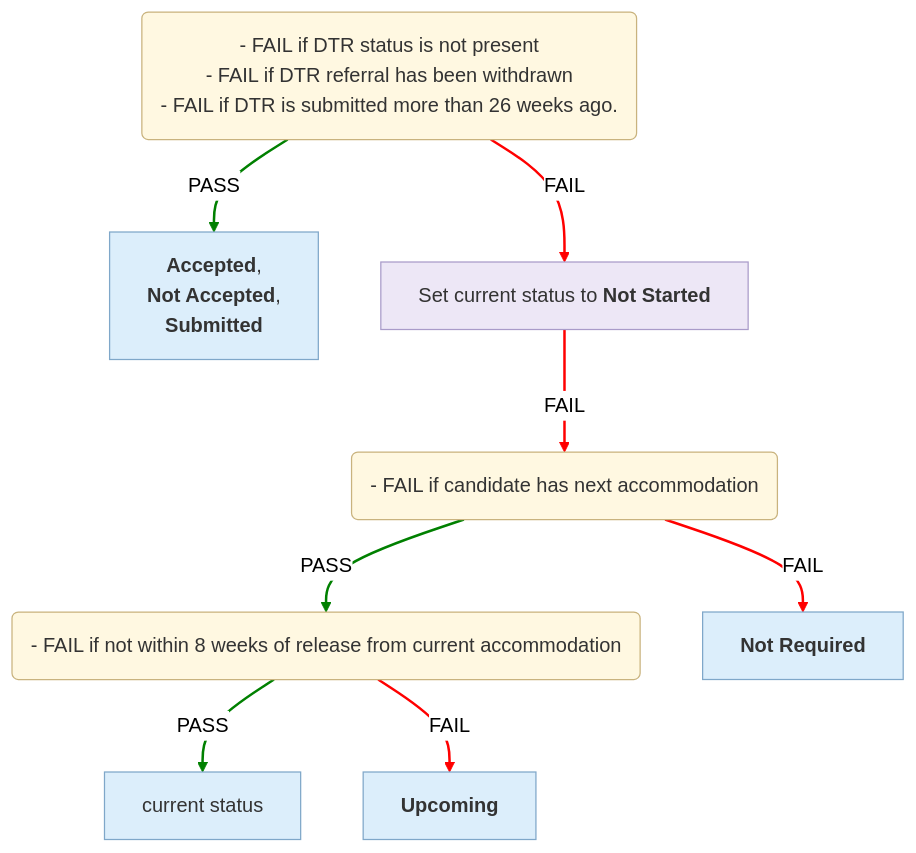
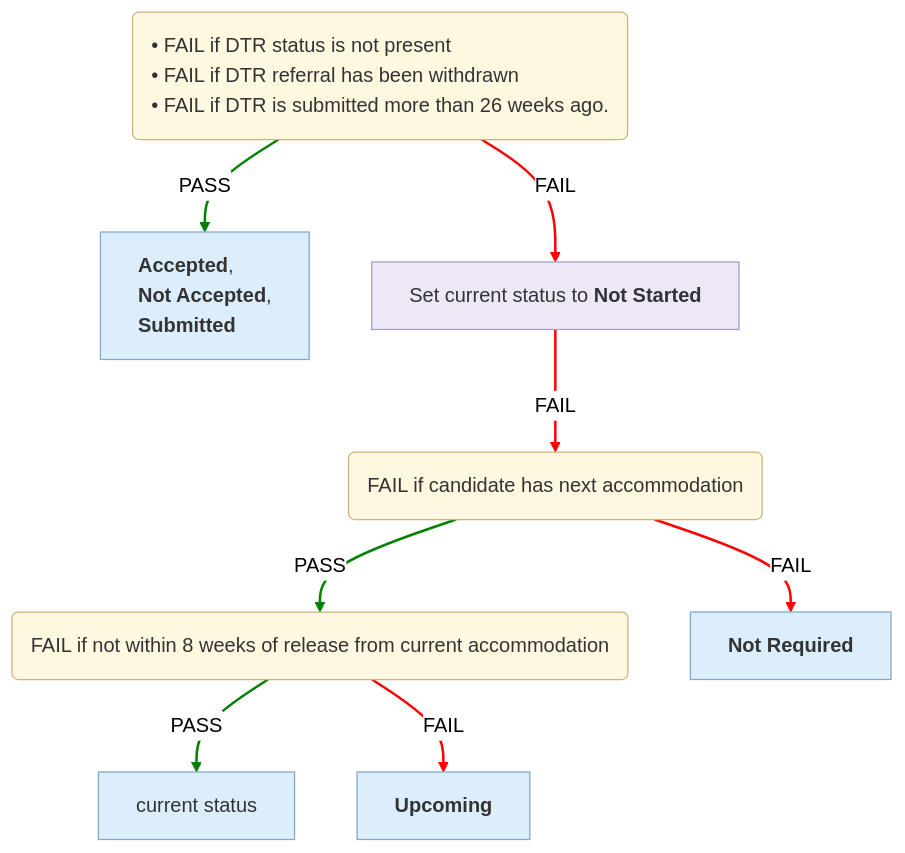
One commit to uk-gov-mirror/ministryofjustice.hmpps-single-accommodation-service-api changed the fifth of 6 diagrams in docs/eligibility-rules-graph.md. Above: the diagram before and after it, drawn with Mermaid (neutral theme). The commit also changed other lines of this file and 2 other files, not shown here.

Commit message:
chore/SAS-1532-Use-UI-statuses-in-graph-instead-of-enums

````diff
--- a/docs/eligibility-rules-graph.md
+++ b/docs/eligibility-rules-graph.md
@@ -495,31 +495,31 @@
 ```mermaid
 %%{init: {"flowchart": {"wrappingWidth": 800}}}%%
 flowchart TD
-  Suitability("- FAIL if DTR status is not present
-- FAIL if DTR referral has been withdrawn
-- FAIL if DTR is submitted more than 26 weeks ago.")
-  updater_Accepted___Not_Accepted___Submitted["<b>Accepted</b>,
+  Suitability("<div style='text-align:left'>• FAIL if DTR status is not present
+• FAIL if DTR referral has been withdrawn
+• FAIL if DTR is submitted more than 26 weeks ago.</div>")
+  updater_Accepted___Not_Accepted___Submitted["<div style='text-align:left'><b>Accepted</b>,
  <b>Not Accepted</b>,
- <b>Submitted</b>"]
-  updater_Set_current_status_to_Not_Started["Set current status to <b>Not Started</b>"]
-  Eligibility("- FAIL if candidate has next accommodation")
-  Upcoming("- FAIL if not within 8 weeks of release from current accommodation")
-  current_status["current status"]
-  updater_Upcoming["<b>Upcoming</b>"]
-  Not_Required["<b>Not Required</b>"]
+ <b>Submitted</b></div>"]
+  updater_Set_current_status_to_Not_Started["<div style='text-align:left'>Set current status to <b>Not Started</b></div>"]
+  Eligibility("<div style='text-align:left'>FAIL if candidate has next accommodation</div>")
+  Upcoming("<div style='text-align:left'>FAIL if not within 8 weeks of release from current accommodation</div>")
+  current_status["<div style='text-align:left'>current status</div>"]
+  updater_Upcoming["<div style='text-align:left'><b>Upcoming</b></div>"]
+  Not_Required["<div style='text-align:left'><b>Not Required</b></div>"]
   Suitability -->|PASS| updater_Accepted___Not_Accepted___Submitted
   Suitability -->|FAIL| updater_Set_current_status_to_Not_Started
   Upcoming -->|PASS| current_status
   Upcoming -->|FAIL| updater_Upcoming
   Eligibility -->|PASS| Upcoming
   Eligibility -->|FAIL| Not_Required
   updater_Set_current_status_to_Not_Started -->|FAIL| Eligibility
   linkStyle 0,2,4 stroke:green,stroke-width:2px
   linkStyle 1,3,5,6 stroke:red,stroke-width:2px
   classDef ruleSetNode fill:#FFF8E1,stroke:#C9B37E,color:#333
   classDef outcomeNode fill:#DCEEFB,stroke:#7FA7C9,color:#333
   classDef updaterNode fill:#EDE7F6,stroke:#A99BC9,color:#333
   class Suitability,Eligibility,Upcoming ruleSetNode
   class updater_Accepted___Not_Accepted___Submitted,current_status,updater_Upcoming,Not_Required outcomeNode
   class updater_Set_current_status_to_Not_Started updaterNode
 ```
````
